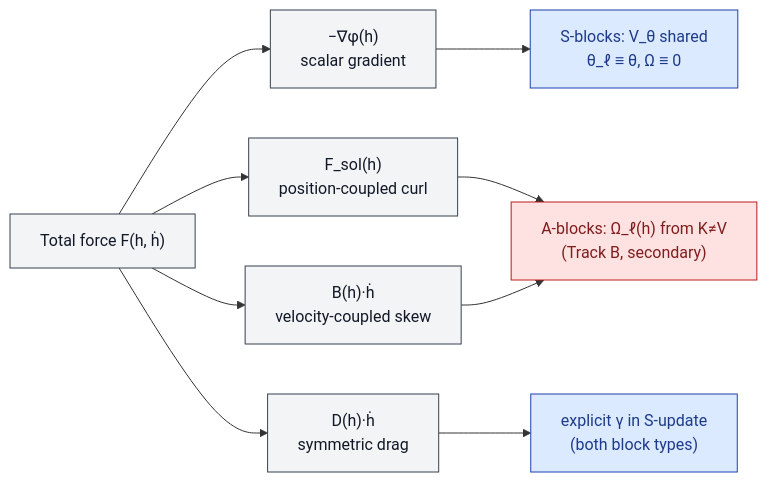
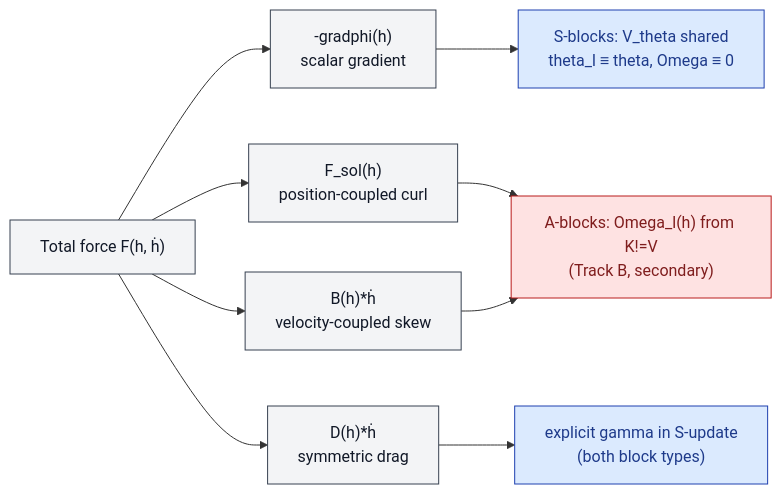
One commit to dimitarpg13/semsimula-paper changed the second of 2 diagrams in companion_notes/Scalar_Potential_based_Helmholtz_Architecture.md. Above: the diagram before and after it, drawn with Mermaid. The commit also changed other lines of this file and 36 other files, not shown here.

First line of the commit message:
Sync companion notes: Claim A status update, Mermaid/LaTeX fixes, new files

````diff
--- a/companion_notes/Scalar_Potential_based_Helmholtz_Architecture.md
+++ b/companion_notes/Scalar_Potential_based_Helmholtz_Architecture.md
@@ -96,19 +96,19 @@
 ```mermaid
 flowchart LR
-    F["Total force F(h, ḣ)"] --> grad["−∇φ(h)<br>scalar gradient"]
+    F["Total force F(h, ḣ)"] --> grad["-gradphi(h)<br>scalar gradient"]
     F --> sol["F_sol(h)<br>position-coupled curl"]
-    F --> gyro["B(h)·ḣ<br>velocity-coupled skew"]
-    F --> drag["D(h)·ḣ<br>symmetric drag"]
+    F --> gyro["B(h)*ḣ<br>velocity-coupled skew"]
+    F --> drag["D(h)*ḣ<br>symmetric drag"]
 
-    grad --> sblk["S-blocks: V_θ shared<br>θ_ℓ ≡ θ, Ω ≡ 0"]
-    sol  --> ablk["A-blocks: Ω_ℓ(h) from K≠V<br>(Track B, secondary)"]
+    grad --> sblk["S-blocks: V_theta shared<br>theta_l ≡ theta, Omega ≡ 0"]
+    sol  --> ablk["A-blocks: Omega_l(h) from K!=V<br>(Track B, secondary)"]
     gyro --> ablk
-    drag --> sblkdamp["explicit γ in S-update<br>(both block types)"]
+    drag --> sblkdamp["explicit gamma in S-update<br>(both block types)"]
 
     classDef sblk fill:#dbeafe,stroke:#1e40af,color:#1e3a8a
     classDef ablk fill:#fee2e2,stroke:#b91c1c,color:#7f1d1d
     classDef neutral fill:#f3f4f6,stroke:#374151,color:#111827
     class sblk,sblkdamp sblk
     class ablk ablk
     class F,grad,sol,gyro,drag neutral
 ```
````
